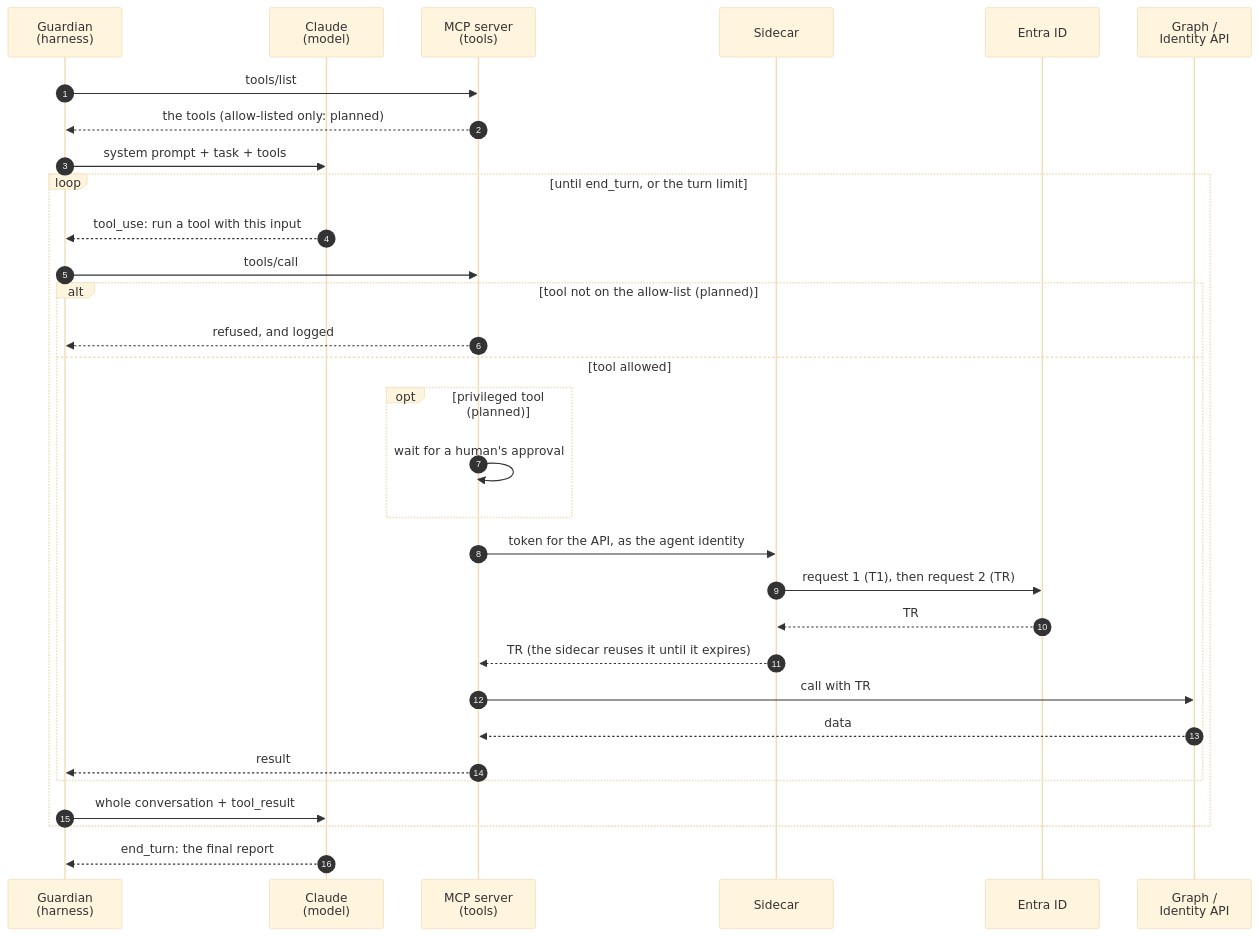
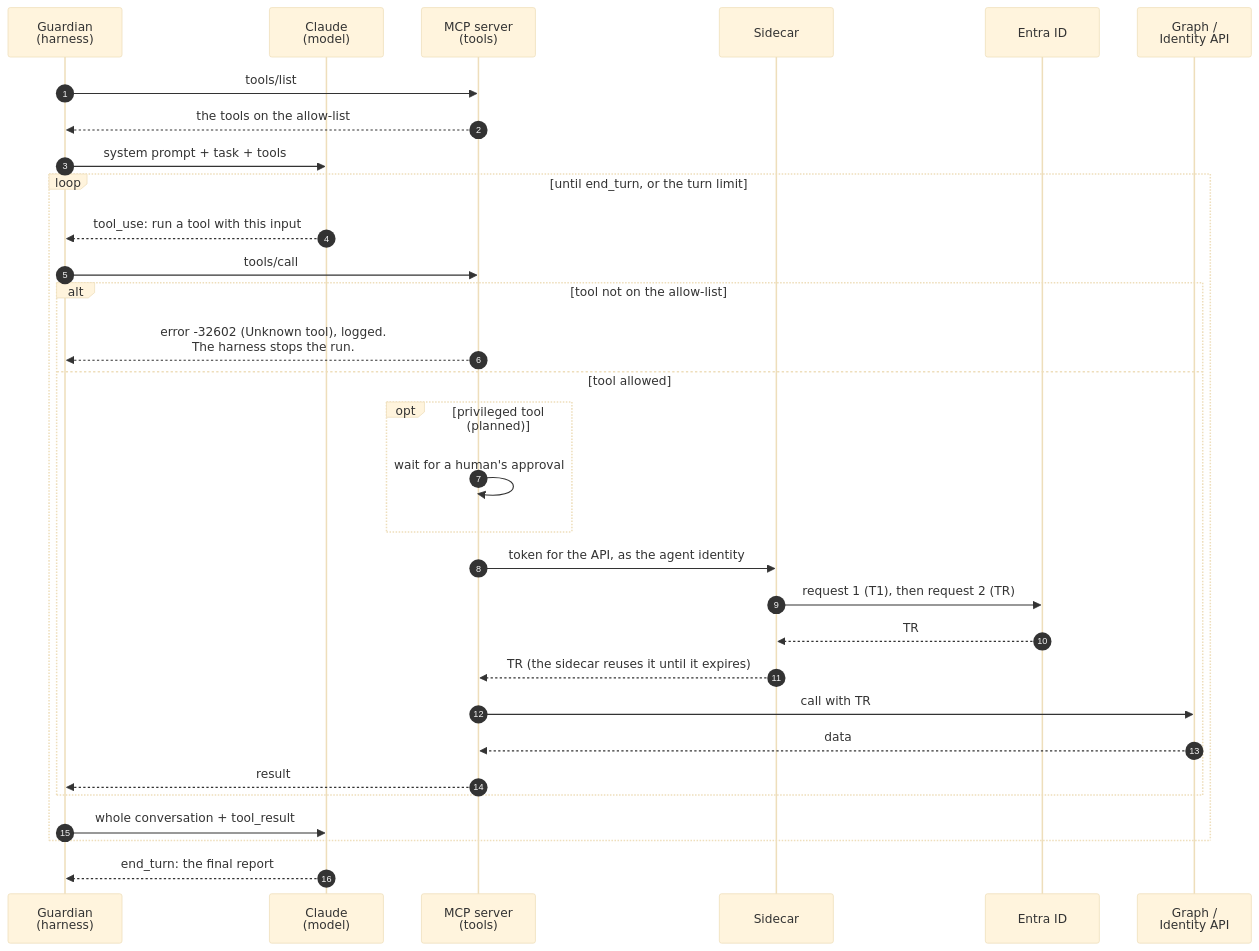
Before and after one commit to alireza-mpr/agent-steward: the diagram in docs/harness.md, drawn with Mermaid (base theme). The commit also changed other lines of this file and 17 other files, not shown here.

First line of the commit message:
feat(mcp-server): tool allow-list (FR6): tools/list hides, tools/call refuses with -32602, the harness stops the run

````diff
--- a/docs/harness.md
+++ b/docs/harness.md
@@ -32,34 +32,34 @@
 ```mermaid
 sequenceDiagram
     autonumber
     participant G as Guardian<br/>(harness)
     participant C as Claude<br/>(model)
     participant M as MCP server<br/>(tools)
     participant S as Sidecar
     participant E as Entra ID
     participant R as Graph /<br/>Identity API
 
     G->>M: tools/list
-    M-->>G: the tools (allow-listed only: planned)
+    M-->>G: the tools on the allow-list
     G->>C: system prompt + task + tools
     loop until end_turn, or the turn limit
         C-->>G: tool_use: run a tool with this input
         G->>M: tools/call
-        alt tool not on the allow-list (planned)
-            M-->>G: refused, and logged
+        alt tool not on the allow-list
+            M-->>G: error -32602 (Unknown tool), logged.<br/>The harness stops the run.
         else tool allowed
             opt privileged tool (planned)
                 M->>M: wait for a human's approval
             end
             M->>S: token for the API, as the agent identity
             S->>E: request 1 (T1), then request 2 (TR)
             E-->>S: TR
             S-->>M: TR (the sidecar reuses it until it expires)
             M->>R: call with TR
             R-->>M: data
             M-->>G: result
         end
         G->>C: whole conversation + tool_result
     end
     C-->>G: end_turn: the final report
 ```
````
